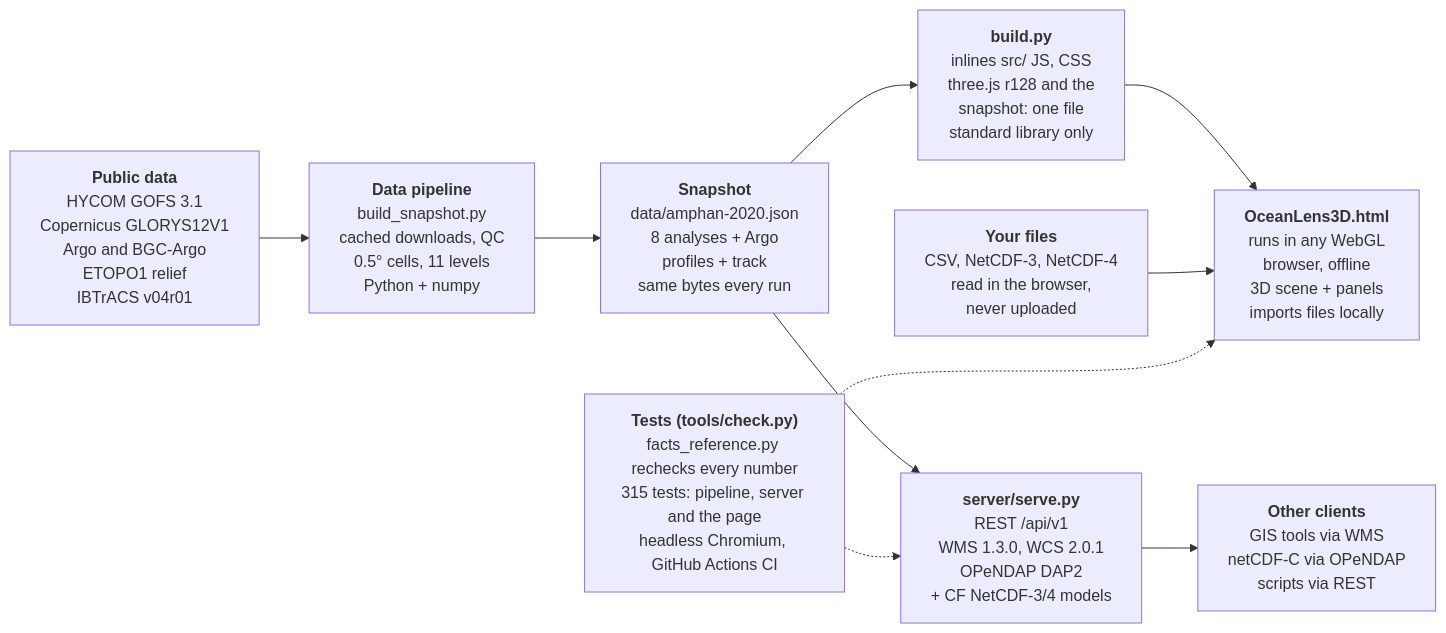
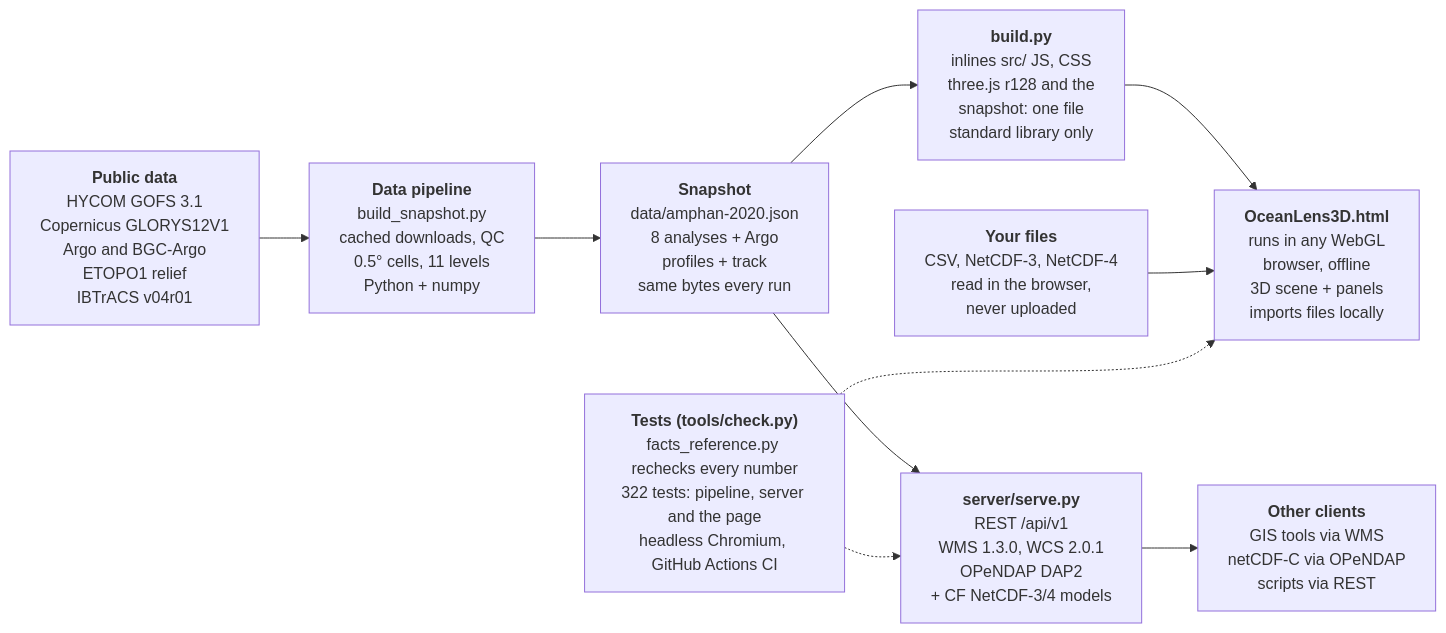
One commit to Rehaan15790/OceanLens-3D changed the second of 2 diagrams in docs/PRESENTER_GUIDE.md. Above: the diagram before and after it, drawn with Mermaid. The commit also changed other lines of this file and 27 other files, not shown here.

````diff
--- a/docs/PRESENTER_GUIDE.md
+++ b/docs/PRESENTER_GUIDE.md
@@ -281,17 +292,17 @@
 ```mermaid
 flowchart LR
   SRC["<b>Public data</b><br/>HYCOM GOFS 3.1<br/>Copernicus GLORYS12V1<br/>Argo and BGC-Argo<br/>ETOPO1 relief<br/>IBTrACS v04r01"]
   PIPE["<b>Data pipeline</b><br/>build_snapshot.py<br/>cached downloads, QC<br/>0.5° cells, 11 levels<br/>Python + numpy"]
   SNAP["<b>Snapshot</b><br/>data/amphan-2020.json<br/>8 analyses + Argo<br/>profiles + track<br/>same bytes every run"]
   BUILD["<b>build.py</b><br/>inlines src/ JS, CSS<br/>three.js r128 and the<br/>snapshot: one file<br/>standard library only"]
   APP["<b>OceanLens3D.html</b><br/>runs in any WebGL<br/>browser, offline<br/>3D scene + panels<br/>imports files locally"]
   SRV["<b>server/serve.py</b><br/>REST /api/v1<br/>WMS 1.3.0, WCS 2.0.1<br/>OPeNDAP DAP2<br/>+ CF NetCDF-3/4 models"]
   CLI["<b>Other clients</b><br/>GIS tools via WMS<br/>netCDF-C via OPeNDAP<br/>scripts via REST"]
   FILES["<b>Your files</b><br/>CSV, NetCDF-3, NetCDF-4<br/>read in the browser,<br/>never uploaded"]
-  TESTS["<b>Tests (tools/check.py)</b><br/>facts_reference.py rechecks every number<br/>315 tests: pipeline, server and the page<br/>headless Chromium, GitHub Actions CI"]
+  TESTS["<b>Tests (tools/check.py)</b><br/>facts_reference.py rechecks every number<br/>322 tests: pipeline, server and the page<br/>headless Chromium, GitHub Actions CI"]
   SRC --> PIPE --> SNAP --> BUILD --> APP
   SNAP --> SRV --> CLI
   FILES --> APP
   TESTS -.-> SRV
   TESTS -.-> APP
 ```
````
